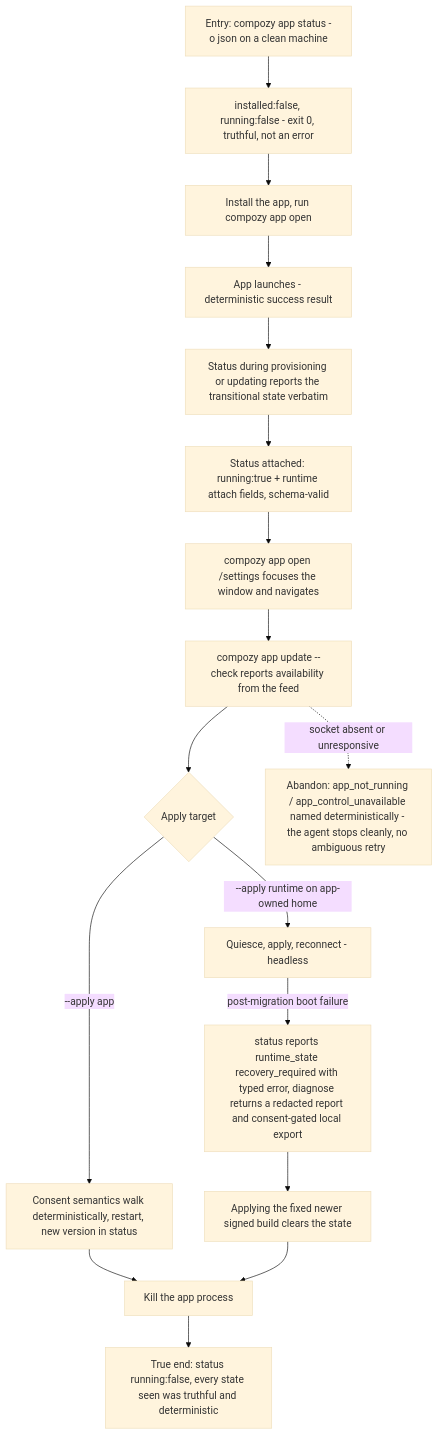
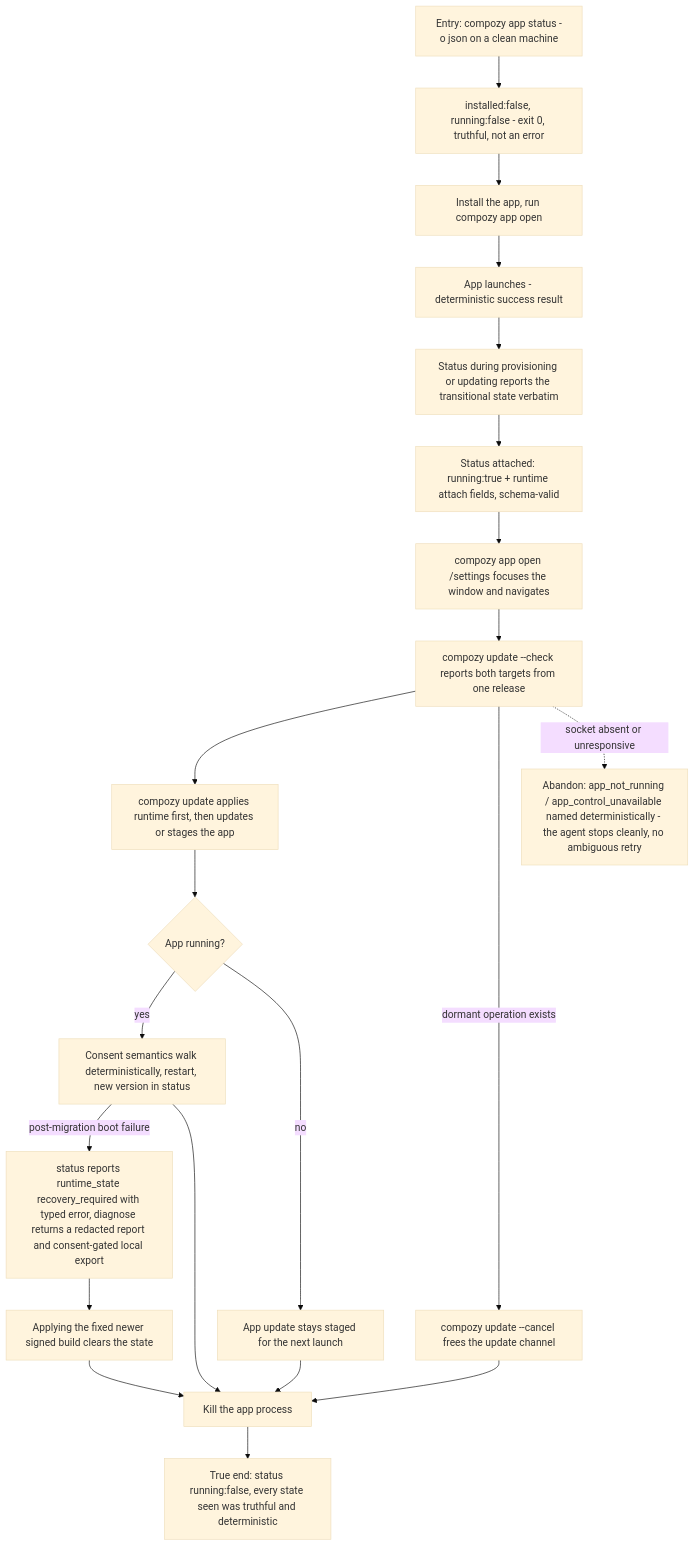
The diagram in docs/qa/journeys/J-desktop-agent-headless.md (compozy/compozy), drawn with Mermaid (base theme) before and after one commit. The commit also changed other lines of this file and 97 other files, not shown here.

````diff
--- a/docs/qa/journeys/J-desktop-agent-headless.md
+++ b/docs/qa/journeys/J-desktop-agent-headless.md
@@ -7,19 +7,23 @@
 ```mermaid
 flowchart TD
     A[Entry: compozy app status -o json on a clean machine] --> B[installed:false, running:false - exit 0, truthful, not an error]
     B --> C[Install the app, run compozy app open]
     C --> D[App launches - deterministic success result]
     D --> E[Status during provisioning or updating reports the transitional state verbatim]
     E --> F[Status attached: running:true + runtime attach fields, schema-valid]
     F --> G[compozy app open /settings focuses the window and navigates]
-    G --> H[compozy app update --check reports availability from the feed]
-    H --> I{Apply target}
-    I -->|--apply app| J[Consent semantics walk deterministically, restart, new version in status]
-    I -->|--apply runtime on app-owned home| K[Quiesce, apply, reconnect - headless]
+    G --> H[compozy update --check reports both targets from one release]
+    H --> I[compozy update applies runtime first, then updates or stages the app]
+    I --> J{App running?}
+    J -->|yes| K[Consent semantics walk deterministically, restart, new version in status]
+    J -->|no| P[App update stays staged for the next launch]
+    H -->|dormant operation exists| Q[compozy update --cancel frees the update channel]
     K -->|post-migration boot failure| L[status reports runtime_state recovery_required with typed error, diagnose returns a redacted report and consent-gated local export]
     L --> M[Applying the fixed newer signed build clears the state]
-    J --> N[Kill the app process]
+    K --> N[Kill the app process]
+    P --> N
+    Q --> N
     M --> N
     N --> O[True end: status running:false, every state seen was truthful and deterministic]
     H -.->|socket absent or unresponsive| X1[Abandon: app_not_running / app_control_unavailable named deterministically - the agent stops cleanly, no ambiguous retry]
 ```
````
